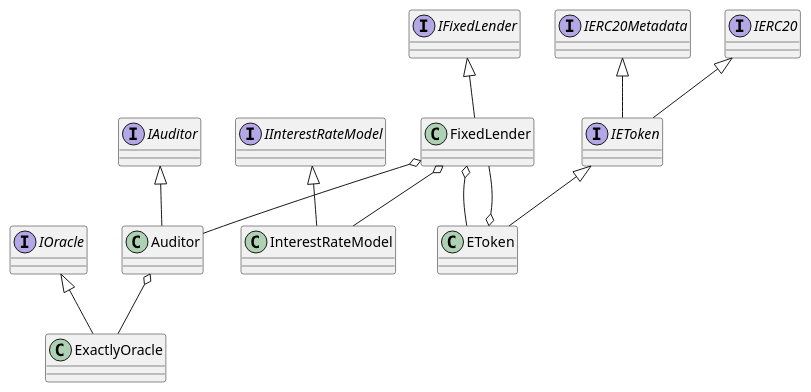
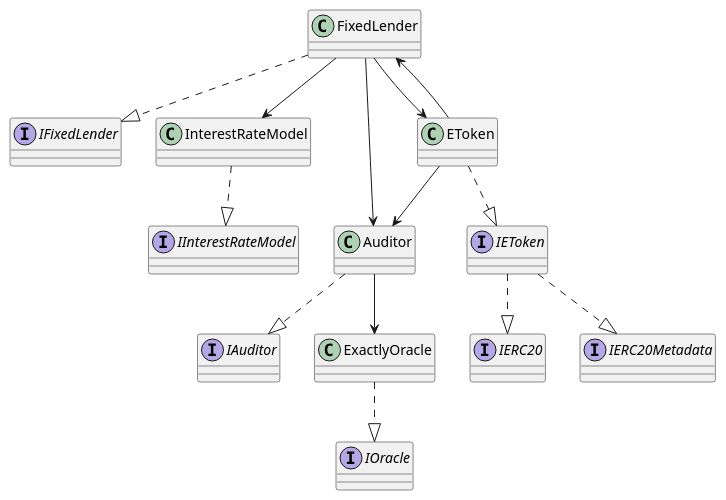
Before and after one commit to exactly/protocol: the diagram in docs/architecture-diagram.rst, drawn with PlantUML. The commit also changed 15 other files, not shown here.

```diff
--- a/docs/architecture-diagram.rst
+++ b/docs/architecture-diagram.rst
@@ -5,41 +5,42 @@
 .. uml::
 
     @startuml
 
     interface IAuditor {
     }
     interface IFixedLender {
     }
     interface IInterestRateModel {
     }
     interface IEToken {
     }
     interface IERC20 {
     }
     interface IERC20Metadata {
     }
     interface IOracle {
     }
     class Auditor {
     }
     class FixedLender {
     }
     class InterestRateModel {
     }
     class EToken {
     }
 
-    IAuditor <|-- Auditor
-    IEToken <|-- EToken
-    IInterestRateModel <|-- InterestRateModel
-    IOracle <|-- ExactlyOracle
-    IERC20 <|-- IEToken
-    IERC20Metadata <|-- IEToken
-    IFixedLender <|-- FixedLender
-    FixedLender o-- Auditor
-    FixedLender o-- InterestRateModel
-    FixedLender o-- EToken
-    EToken o-- FixedLender
-    Auditor o-- ExactlyOracle
+    Auditor ..|> IAuditor
+    EToken ..|> IEToken
+    InterestRateModel ..|> IInterestRateModel
+    ExactlyOracle ..|> IOracle
+    IEToken ..|> IERC20
+    IEToken ..|> IERC20Metadata
+    FixedLender ..|> IFixedLender
+    FixedLender --> Auditor
+    FixedLender --> InterestRateModel
+    FixedLender --> EToken
+    EToken --> FixedLender
+    EToken --> Auditor
+    Auditor --> ExactlyOracle
 
     @enduml
```
